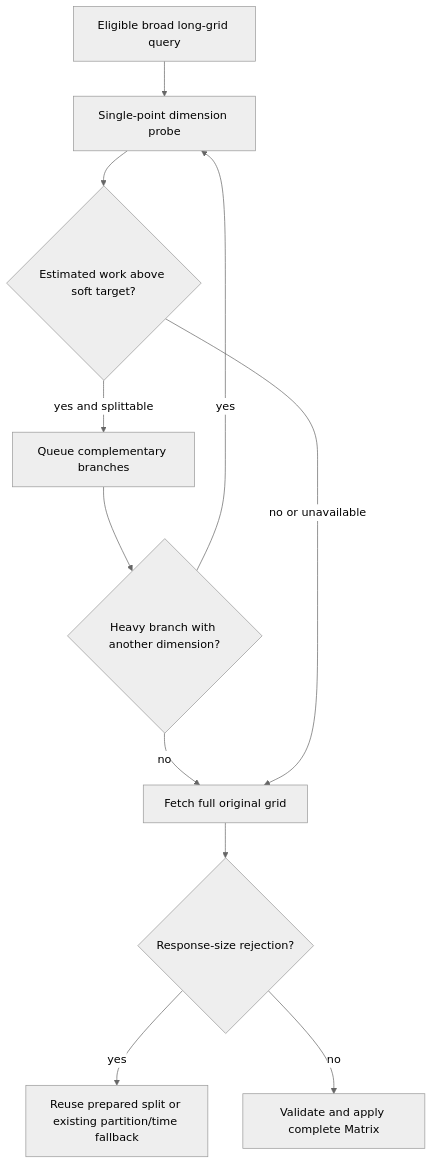
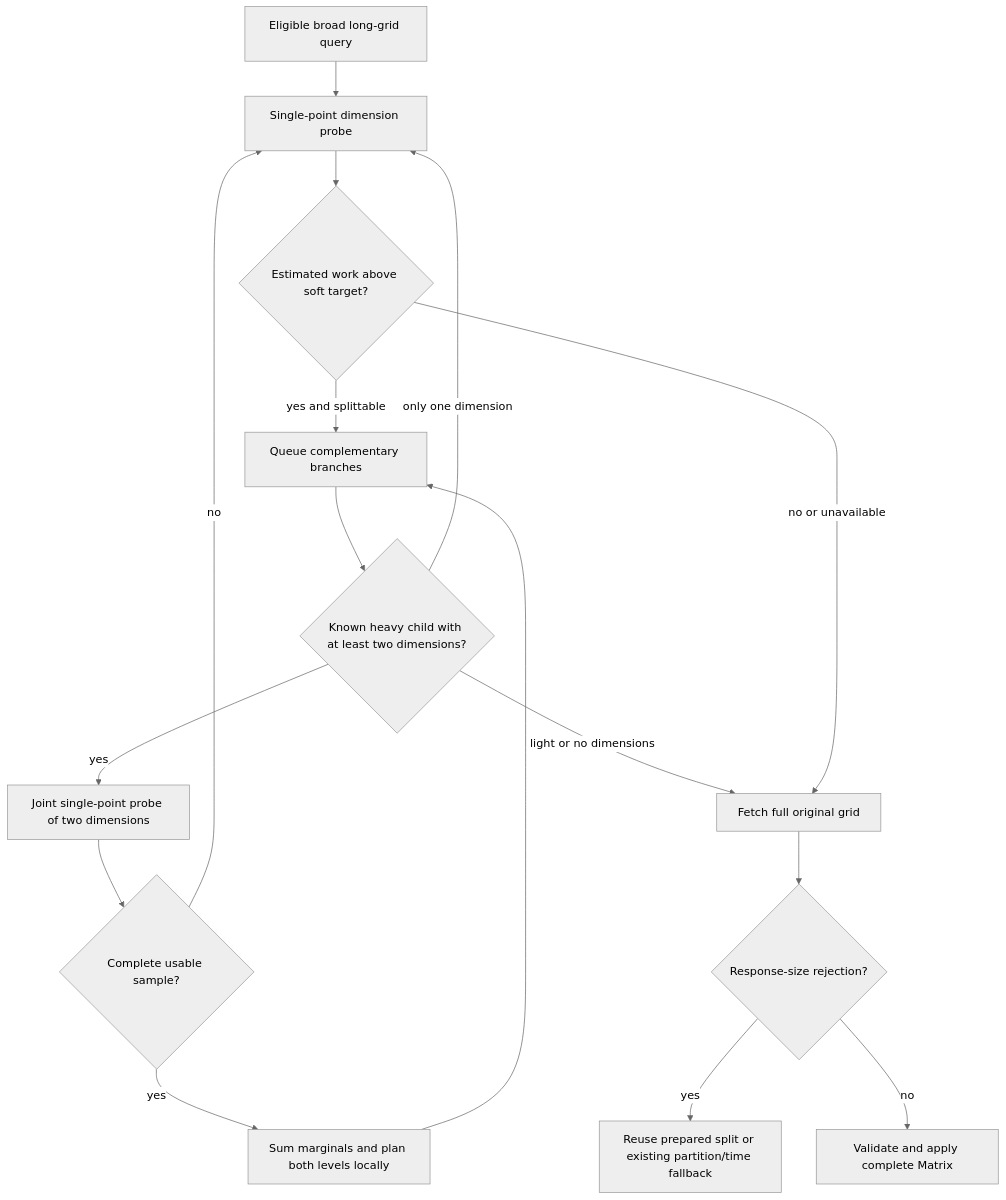
The second of 2 diagrams in pkg/unify-query/docs/timegraph-output-optimization.md (TencentBlueKing/bkmonitor-datalink), drawn with Mermaid (neutral theme) before and after one commit. The commit also changed other lines of this file and 6 other files, not shown here.

````diff
--- a/pkg/unify-query/docs/timegraph-output-optimization.md
+++ b/pkg/unify-query/docs/timegraph-output-optimization.md
@@ -116,13 +118,18 @@
 ```mermaid
 flowchart TD
     A[Eligible broad long-grid query] --> B[Single-point dimension probe]
     B --> C{Estimated work above soft target?}
     C -->|yes and splittable| D[Queue complementary branches]
-    D --> E{Heavy branch with another dimension?}
-    E -->|yes| B
-    E -->|no| F[Fetch full original grid]
+    D --> E{Known heavy child with at least two dimensions?}
+    E -->|yes| J[Joint single-point probe of two dimensions]
+    J --> K{Complete usable sample?}
+    K -->|yes| L[Sum marginals and plan both levels locally]
+    L --> D
+    K -->|no| B
+    E -->|only one dimension| B
+    E -->|light or no dimensions| F[Fetch full original grid]
     C -->|no or unavailable| F
     F --> G{Response-size rejection?}
     G -->|yes| H[Reuse prepared split or existing partition/time fallback]
     G -->|no| I[Validate and apply complete Matrix]
 ```
````
